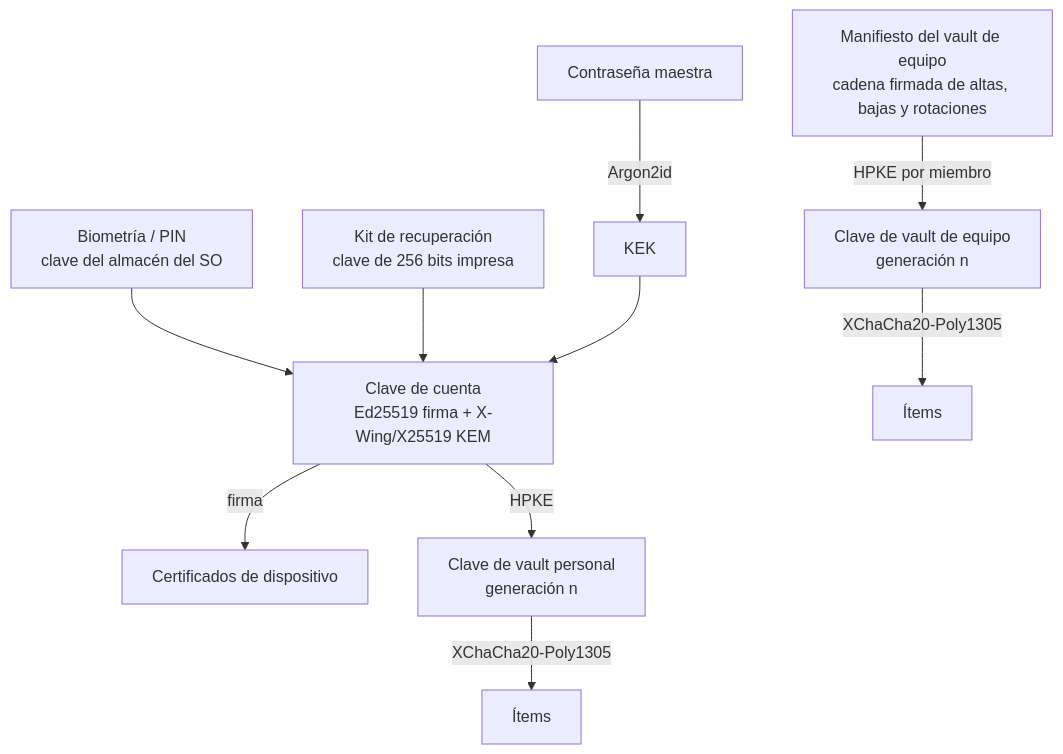
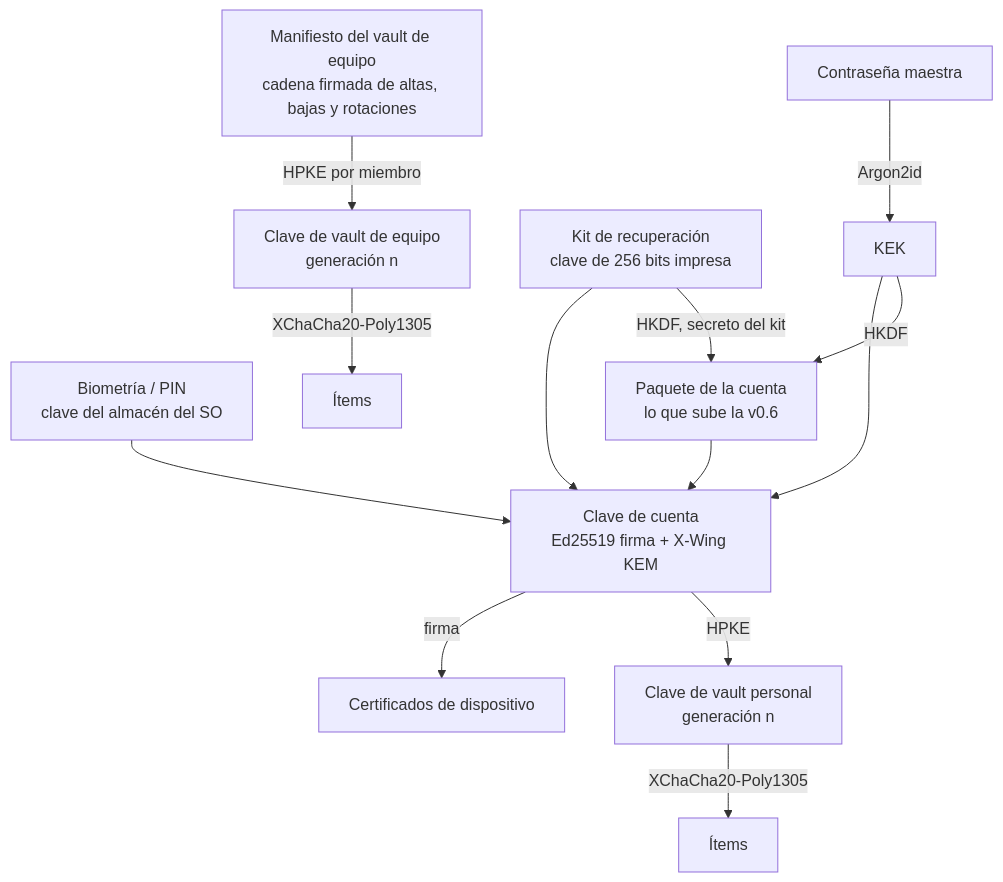
Before and after one commit to KaiCorpLabs/openward: the second of 2 diagrams in docs/ARCHITECTURE.md, drawn with Mermaid. The commit also changed other lines of this file and 8 other files, not shown here.

````diff
--- a/docs/ARCHITECTURE.md
+++ b/docs/ARCHITECTURE.md
@@ -250,12 +250,15 @@
 ```mermaid
 flowchart TB
   PW[Contraseña maestra] -->|Argon2id| KEK[KEK]
   BIO[Biometría / PIN<br/>clave del almacén del SO] --> AK
   RK[Kit de recuperación<br/>clave de 256 bits impresa] --> AK
-  KEK --> AK[Clave de cuenta<br/>Ed25519 firma + X-Wing/X25519 KEM]
+  KEK --> AK[Clave de cuenta<br/>Ed25519 firma + X-Wing KEM]
+  KEK -->|HKDF| PK[Paquete de la cuenta<br/>lo que sube la v0.6]
+  RK -->|HKDF, secreto del kit| PK
+  PK --> AK
   AK -->|firma| DC[Certificados de dispositivo]
   AK -->|HPKE| VK1[Clave de vault personal<br/>generación n]
   M[Manifiesto del vault de equipo<br/>cadena firmada de altas, bajas y rotaciones] -->|HPKE por miembro| VK2[Clave de vault de equipo<br/>generación n]
   VK1 -->|XChaCha20-Poly1305| IT1[Ítems]
   VK2 -->|XChaCha20-Poly1305| IT2[Ítems]
 ```
````
